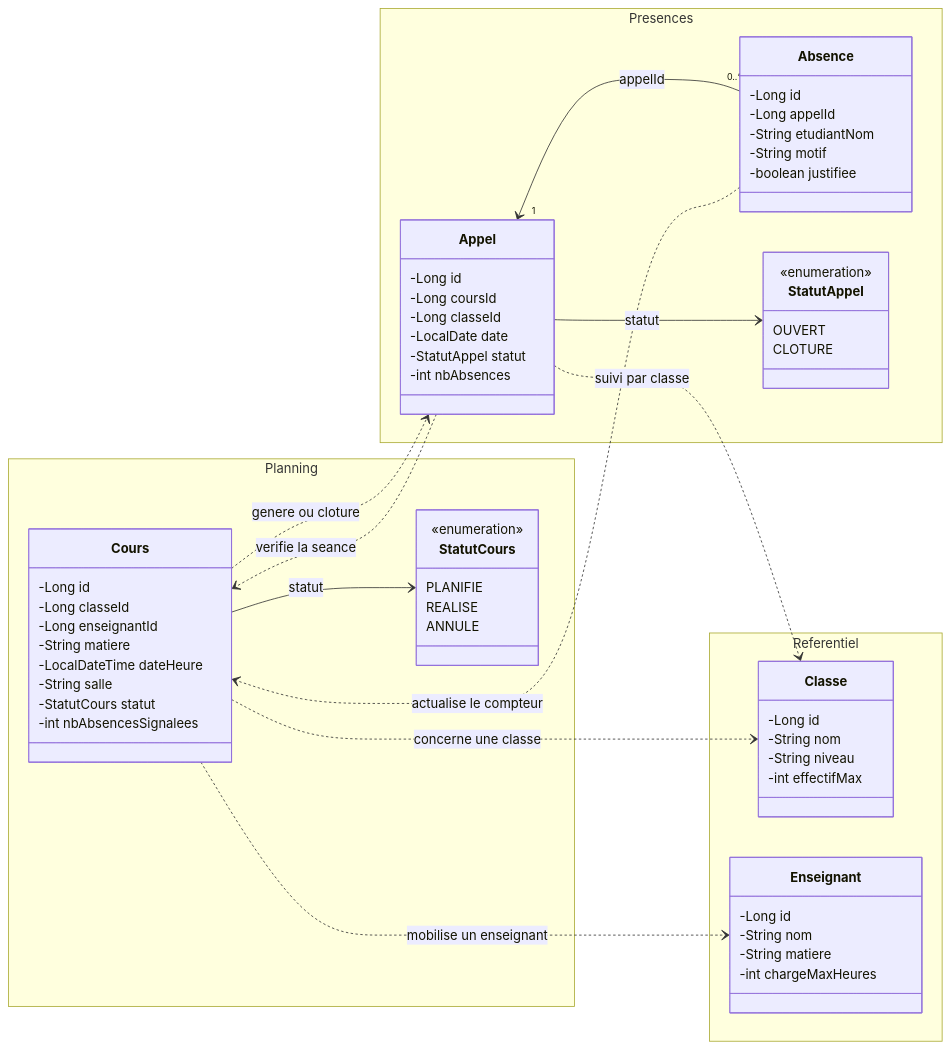
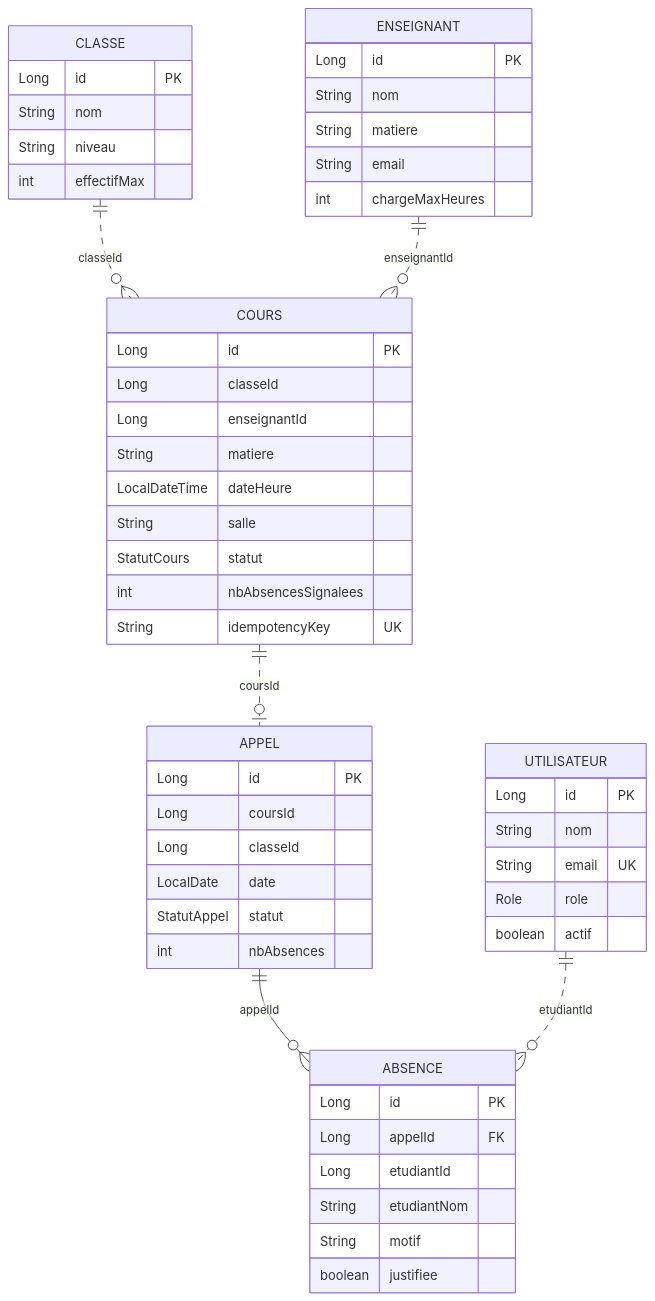
The fourth of 16 diagrams in README.md (oussamaboukenze/Planif-Scolaire), drawn with Mermaid before and after one commit. The commit also changed other lines of this file and 16 other files, not shown here.

````diff
--- a/README.md
+++ b/README.md
@@ -13,72 +153,56 @@
 ```mermaid
-classDiagram
-    direction LR
-
-    namespace Referentiel {
-        class Classe {
-            -Long id
-            -String nom
-            -String niveau
-            -int effectifMax
-        }
-        class Enseignant {
-            -Long id
-            -String nom
-            -String matiere
-            -int chargeMaxHeures
-        }
+erDiagram
+    CLASSE {
+        Long id PK
+        String nom
+        String niveau
+        int effectifMax
+    }
+    ENSEIGNANT {
+        Long id PK
+        String nom
+        String matiere
+        String email
+        int chargeMaxHeures
+    }
+    UTILISATEUR {
+        Long id PK
+        String nom
+        String email UK
+        Role role
+        boolean actif
+    }
+    COURS {
+        Long id PK
+        Long classeId
+        Long enseignantId
+        String matiere
+        LocalDateTime dateHeure
+        String salle
+        StatutCours statut
+        int nbAbsencesSignalees
+        String idempotencyKey UK
+    }
+    APPEL {
+        Long id PK
+        Long coursId
+        Long classeId
+        LocalDate date
+        StatutAppel statut
+        int nbAbsences
+    }
+    ABSENCE {
+        Long id PK
+        Long appelId FK
+        Long etudiantId
+        String etudiantNom
+        String motif
+        boolean justifiee
     }
 
-    namespace Planning {
-        class Cours {
-            -Long id
-            -Long classeId
-            -Long enseignantId
-            -String matiere
-            -LocalDateTime dateHeure
-            -String salle
-            -StatutCours statut
-            -int nbAbsencesSignalees
-        }
-        class StatutCours {
-            <<enumeration>>
-            PLANIFIE
-            REALISE
-            ANNULE
-        }
-    }
-
-    namespace Presences {
-        class Appel {
-            -Long id
-            -Long coursId
-            -Long classeId
-            -LocalDate date
-            -StatutAppel statut
-            -int nbAbsences
-        }
-        class Absence {
-            -Long id
-            -Long appelId
-            -String etudiantNom
-            -String motif
-            -boolean justifiee
-        }
-        class StatutAppel {
-            <<enumeration>>
-            OUVERT
-            CLOTURE
-        }
-    }
-
-    Cours ..> Classe : concerne une classe
-    Cours ..> Enseignant : mobilise un enseignant
-    Appel ..> Cours : verifie la seance
-    Appel ..> Classe : suivi par classe
-    Cours ..> Appel : genere ou cloture
-    Absence ..> Cours : actualise le compteur
-
-    Appel "1" <-- "0..*" Absence : appelId
-    Cours --> StatutCours : statut
-    Appel --> StatutAppel : statut
+    CLASSE ||..o{ COURS : "classeId"
+    ENSEIGNANT ||..o{ COURS : "enseignantId"
+    COURS ||..o| APPEL : "coursId"
+    APPEL ||--o{ ABSENCE : "appelId"
+    UTILISATEUR ||..o{ ABSENCE : "etudiantId"
 ```
````
